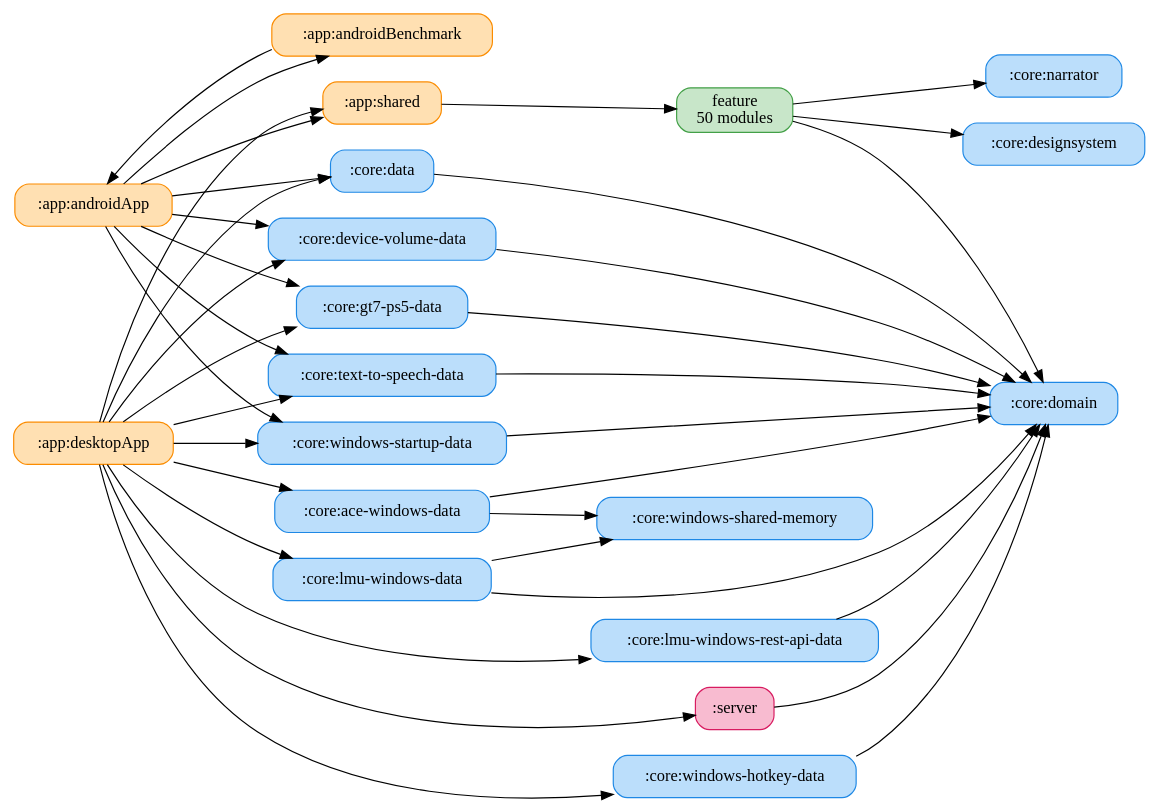
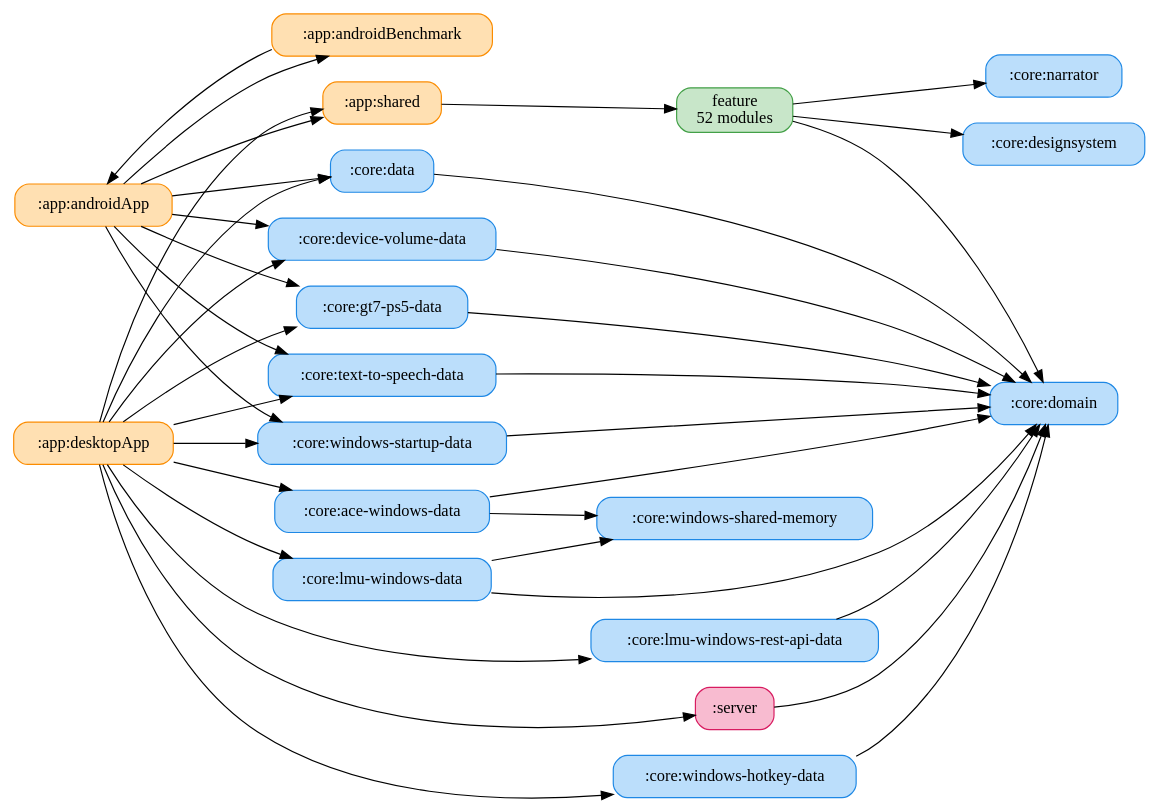
Before and after one commit to ai-kurou/KoDriver: the diagram in docs/graphs/full-graph.gv, drawn with Graphviz. The commit also changed 170 other files, not shown here.

```diff
--- a/docs/graphs/full-graph.gv
+++ b/docs/graphs/full-graph.gv
@@ -1,59 +1,59 @@
 digraph G {
   rankdir=LR
   graph [ranksep=1.0, nodesep=0.3]
   node [shape=box, style="rounded,filled"]
   ":app:androidApp" [label=":app:androidApp", fillcolor="#FFE0B2", color="#FB8C00"]
   ":app:androidBenchmark" [label=":app:androidBenchmark", fillcolor="#FFE0B2", color="#FB8C00"]
   ":app:desktopApp" [label=":app:desktopApp", fillcolor="#FFE0B2", color="#FB8C00"]
   ":app:shared" [label=":app:shared", fillcolor="#FFE0B2", color="#FB8C00"]
   ":core:ace-windows-data" [label=":core:ace-windows-data", fillcolor="#BBDEFB", color="#1E88E5"]
   ":core:data" [label=":core:data", fillcolor="#BBDEFB", color="#1E88E5"]
   ":core:designsystem" [label=":core:designsystem", fillcolor="#BBDEFB", color="#1E88E5"]
   ":core:device-volume-data" [label=":core:device-volume-data", fillcolor="#BBDEFB", color="#1E88E5"]
   ":core:domain" [label=":core:domain", fillcolor="#BBDEFB", color="#1E88E5"]
   ":core:gt7-ps5-data" [label=":core:gt7-ps5-data", fillcolor="#BBDEFB", color="#1E88E5"]
   ":core:lmu-windows-data" [label=":core:lmu-windows-data", fillcolor="#BBDEFB", color="#1E88E5"]
   ":core:lmu-windows-rest-api-data" [label=":core:lmu-windows-rest-api-data", fillcolor="#BBDEFB", color="#1E88E5"]
   ":core:narrator" [label=":core:narrator", fillcolor="#BBDEFB", color="#1E88E5"]
   ":core:text-to-speech-data" [label=":core:text-to-speech-data", fillcolor="#BBDEFB", color="#1E88E5"]
   ":core:windows-hotkey-data" [label=":core:windows-hotkey-data", fillcolor="#BBDEFB", color="#1E88E5"]
   ":core:windows-shared-memory" [label=":core:windows-shared-memory", fillcolor="#BBDEFB", color="#1E88E5"]
   ":core:windows-startup-data" [label=":core:windows-startup-data", fillcolor="#BBDEFB", color="#1E88E5"]
   ":server" [label=":server", fillcolor="#F8BBD0", color="#D81B60"]
-  "feature" [label="feature\n50 modules", fillcolor="#C8E6C9", color="#43A047"]
+  "feature" [label="feature\n52 modules", fillcolor="#C8E6C9", color="#43A047"]
   ":app:androidApp" -> ":app:androidBenchmark"
   ":app:androidApp" -> ":app:shared"
   ":app:androidApp" -> ":core:data"
   ":app:androidApp" -> ":core:device-volume-data"
   ":app:androidApp" -> ":core:gt7-ps5-data"
   ":app:androidApp" -> ":core:text-to-speech-data"
   ":app:androidApp" -> ":core:windows-startup-data"
   ":app:androidBenchmark" -> ":app:androidApp"
   ":app:desktopApp" -> ":app:shared"
   ":app:desktopApp" -> ":core:ace-windows-data"
   ":app:desktopApp" -> ":core:data"
   ":app:desktopApp" -> ":core:device-volume-data"
   ":app:desktopApp" -> ":core:gt7-ps5-data"
   ":app:desktopApp" -> ":core:lmu-windows-data"
   ":app:desktopApp" -> ":core:lmu-windows-rest-api-data"
   ":app:desktopApp" -> ":core:text-to-speech-data"
   ":app:desktopApp" -> ":core:windows-hotkey-data"
   ":app:desktopApp" -> ":core:windows-startup-data"
   ":app:desktopApp" -> ":server"
   ":app:shared" -> "feature"
   ":core:ace-windows-data" -> ":core:domain"
   ":core:ace-windows-data" -> ":core:windows-shared-memory"
   ":core:data" -> ":core:domain"
   ":core:device-volume-data" -> ":core:domain"
   ":core:gt7-ps5-data" -> ":core:domain"
   ":core:lmu-windows-data" -> ":core:domain"
   ":core:lmu-windows-data" -> ":core:windows-shared-memory"
   ":core:lmu-windows-rest-api-data" -> ":core:domain"
   ":core:text-to-speech-data" -> ":core:domain"
   ":core:windows-hotkey-data" -> ":core:domain"
   ":core:windows-startup-data" -> ":core:domain"
   ":server" -> ":core:domain"
   "feature" -> ":core:designsystem"
   "feature" -> ":core:domain"
   "feature" -> ":core:narrator"
 }
```
